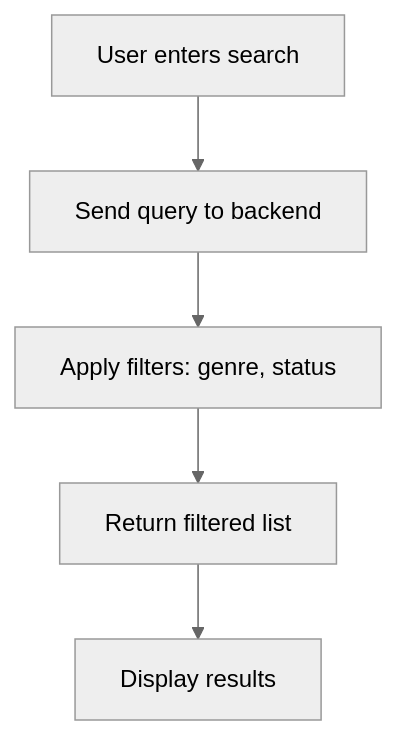
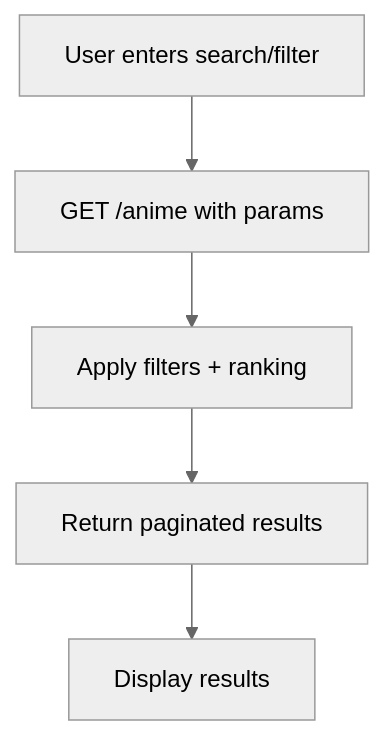
One commit to hardiksuthar74/animit changed the second of 3 diagrams in docs/docs/anime.md. Above: the diagram before and after it, drawn with Mermaid (neutral theme). The commit also changed other lines of this file and 1 other file, not shown here.

Commit message:
update: anime docs upgrade

````diff
--- a/docs/docs/anime.md
+++ b/docs/docs/anime.md
@@ -52,7 +56,7 @@
 ```mermaid
 flowchart TD
-    A[User enters search] --> B[Send query to backend]
-    B --> C[Apply filters: genre, status]
-    C --> D[Return filtered list]
+    A[User enters search/filter] --> B[GET /anime with params]
+    B --> C[Apply filters + ranking]
+    C --> D[Return paginated results]
     D --> E[Display results]
 ```
````
